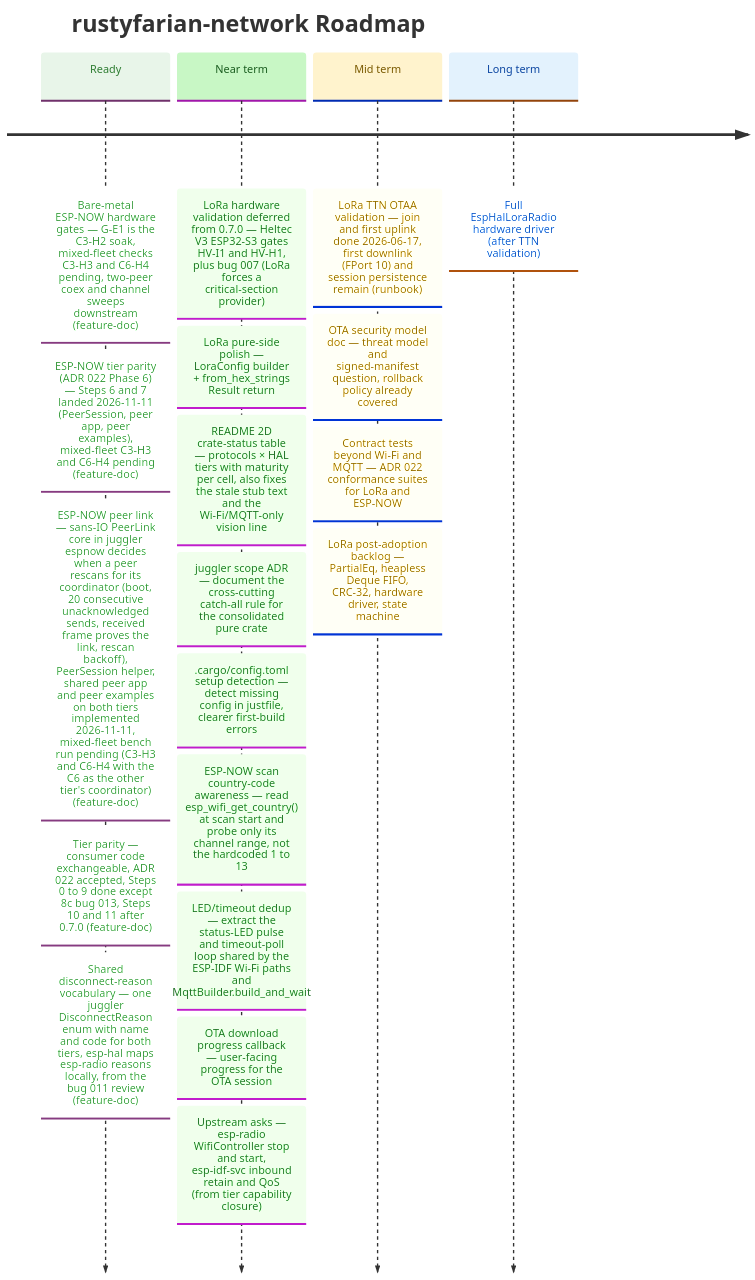
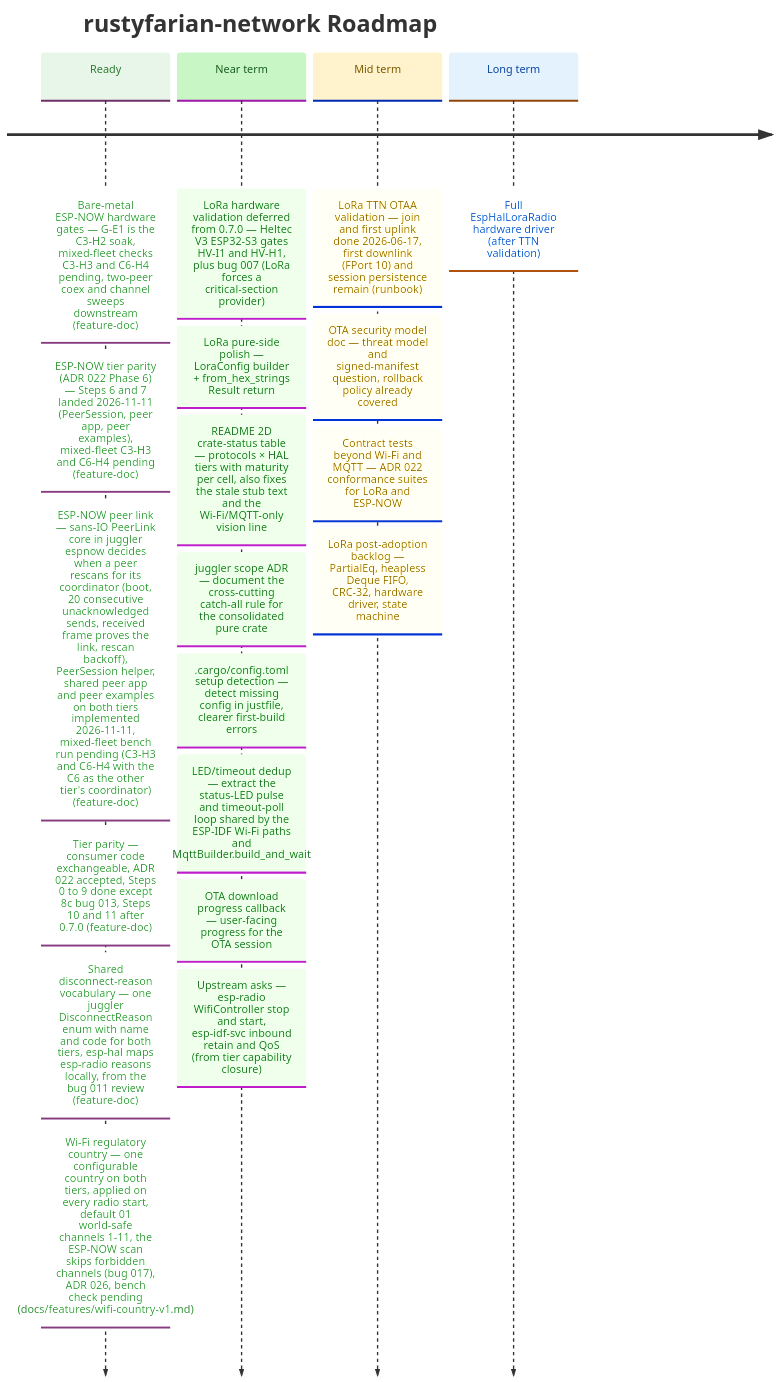
The diagram in docs/ROADMAP.md (datenkollektiv/rustyfarian-network), drawn with Mermaid before and after one commit. The commit also changed 39 other files, not shown here.

````diff
--- a/docs/ROADMAP.md
+++ b/docs/ROADMAP.md
@@ -15,41 +15,41 @@
 ```mermaid
 %%{init: {
   "theme": "base",
   "themeVariables": {
     "cScale0": "#e8f5e9",
     "cScaleLabel0": "#2e7d32",
     "cScale1": "#c8f7c5",
     "cScaleLabel1": "#1b5e20",
     "cScale2": "#fff3cd",
     "cScaleLabel2": "#7a5a00",
     "cScale3": "#e3f2fd",
     "cScaleLabel3": "#0d47a1"
   }
 }}%%
 
 timeline
     title rustyfarian-network Roadmap
 
     Ready     : Bare-metal ESP-NOW hardware gates — G-E1 is the C3-H2 soak, mixed-fleet checks C3-H3 and C6-H4 pending, two-peer coex and channel sweeps downstream (feature-doc)
               : ESP-NOW tier parity (ADR 022 Phase 6) — Steps 6 and 7 landed 2026-11-11 (PeerSession, peer app, peer examples), mixed-fleet C3-H3 and C6-H4 pending (feature-doc)
               : ESP-NOW peer link — sans-IO PeerLink core in juggler espnow decides when a peer rescans for its coordinator (boot, 20 consecutive unacknowledged sends, received frame proves the link, rescan backoff), PeerSession helper, shared peer app and peer examples on both tiers implemented 2026-11-11, mixed-fleet bench run pending (C3-H3 and C6-H4 with the C6 as the other tier's coordinator) (feature-doc)
               : Tier parity — consumer code exchangeable, ADR 022 accepted, Steps 0 to 9 done except 8c bug 013, Steps 10 and 11 after 0.7.0 (feature-doc)
               : Shared disconnect-reason vocabulary — one juggler DisconnectReason enum with name and code for both tiers, esp-hal maps esp-radio reasons locally, from the bug 011 review (feature-doc)
+              : Wi-Fi regulatory country — one configurable country on both tiers, applied on every radio start, default 01 world-safe channels 1-11, the ESP-NOW scan skips forbidden channels (bug 017), ADR 026, bench check pending (docs/features/wifi-country-v1.md)
 
     Near term : LoRa hardware validation deferred from 0.7.0 — Heltec V3 ESP32-S3 gates HV-I1 and HV-H1, plus bug 007 (LoRa forces a critical-section provider)
               : LoRa pure-side polish — LoraConfig builder + from_hex_strings Result return
               : README 2D crate-status table — protocols × HAL tiers with maturity per cell, also fixes the stale stub text and the Wi-Fi/MQTT-only vision line
               : juggler scope ADR — document the cross-cutting catch-all rule for the consolidated pure crate
               : .cargo/config.toml setup detection — detect missing config in justfile, clearer first-build errors
-              : ESP-NOW scan country-code awareness — read esp_wifi_get_country() at scan start and probe only its channel range, not the hardcoded 1 to 13
               : LED/timeout dedup — extract the status-LED pulse and timeout-poll loop shared by the ESP-IDF Wi-Fi paths and MqttBuilder.build_and_wait
               : OTA download progress callback — user-facing progress for the OTA session
               : Upstream asks — esp-radio WifiController stop and start, esp-idf-svc inbound retain and QoS (from tier capability closure)
 
     Mid term  : LoRa TTN OTAA validation — join and first uplink done 2026-06-17, first downlink (FPort 10) and session persistence remain (runbook)
               : OTA security model doc — threat model and signed-manifest question, rollback policy already covered
               : Contract tests beyond Wi-Fi and MQTT — ADR 022 conformance suites for LoRa and ESP-NOW
               : LoRa post-adoption backlog — PartialEq, heapless Deque FIFO, CRC-32, hardware driver, state machine
 
     Long term : Full EspHalLoraRadio hardware driver (after TTN validation)
 ```
````
